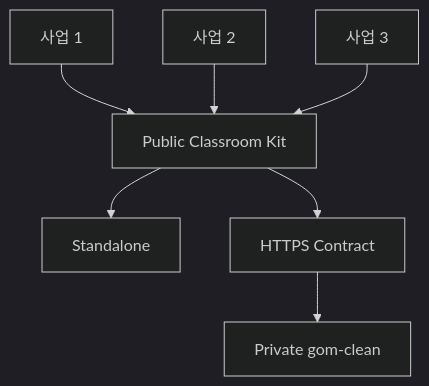
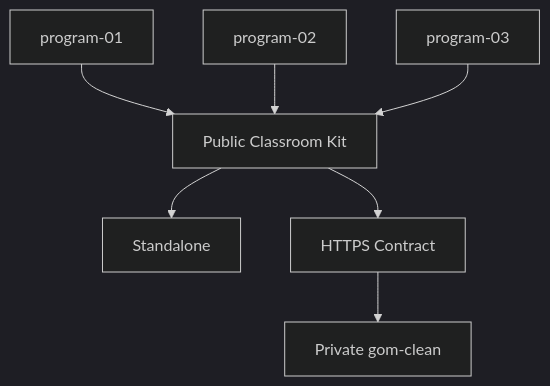
The diagram in docs/architecture.md (emotigom/nextbridge-classroom-kit), drawn with Mermaid (dark theme) before and after one commit. The commit also changed other lines of this file and 25 other files, not shown here.

````diff
--- a/docs/architecture.md
+++ b/docs/architecture.md
@@ -7,9 +7,9 @@
 ```mermaid
 flowchart TB
-    P1[사업 1] --> K[Public Classroom Kit]
-    P2[사업 2] --> K
-    P3[사업 3] --> K
+    P1[program-01] --> K[Public Classroom Kit]
+    P2[program-02] --> K
+    P3[program-03] --> K
     K --> S[Standalone]
     K --> A[HTTPS Contract]
     A --> G[Private gom-clean]
 ```
````
